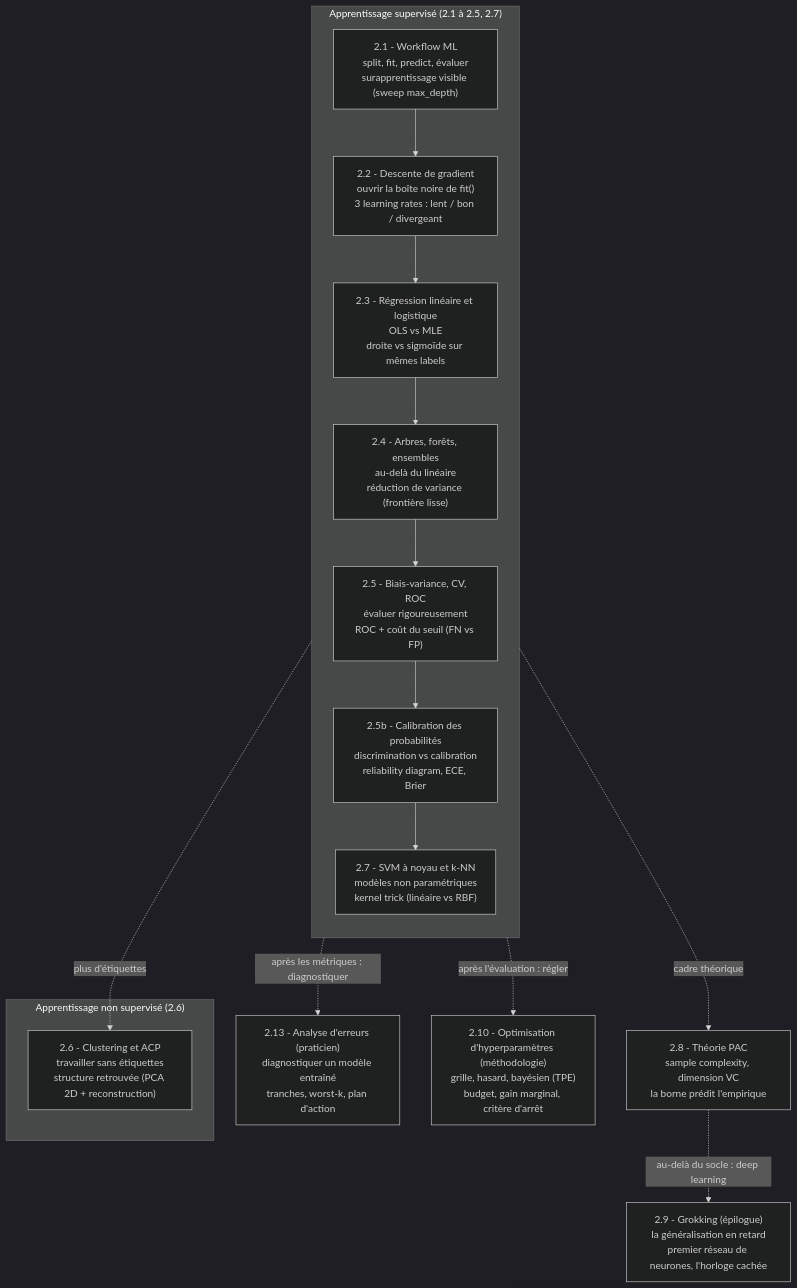
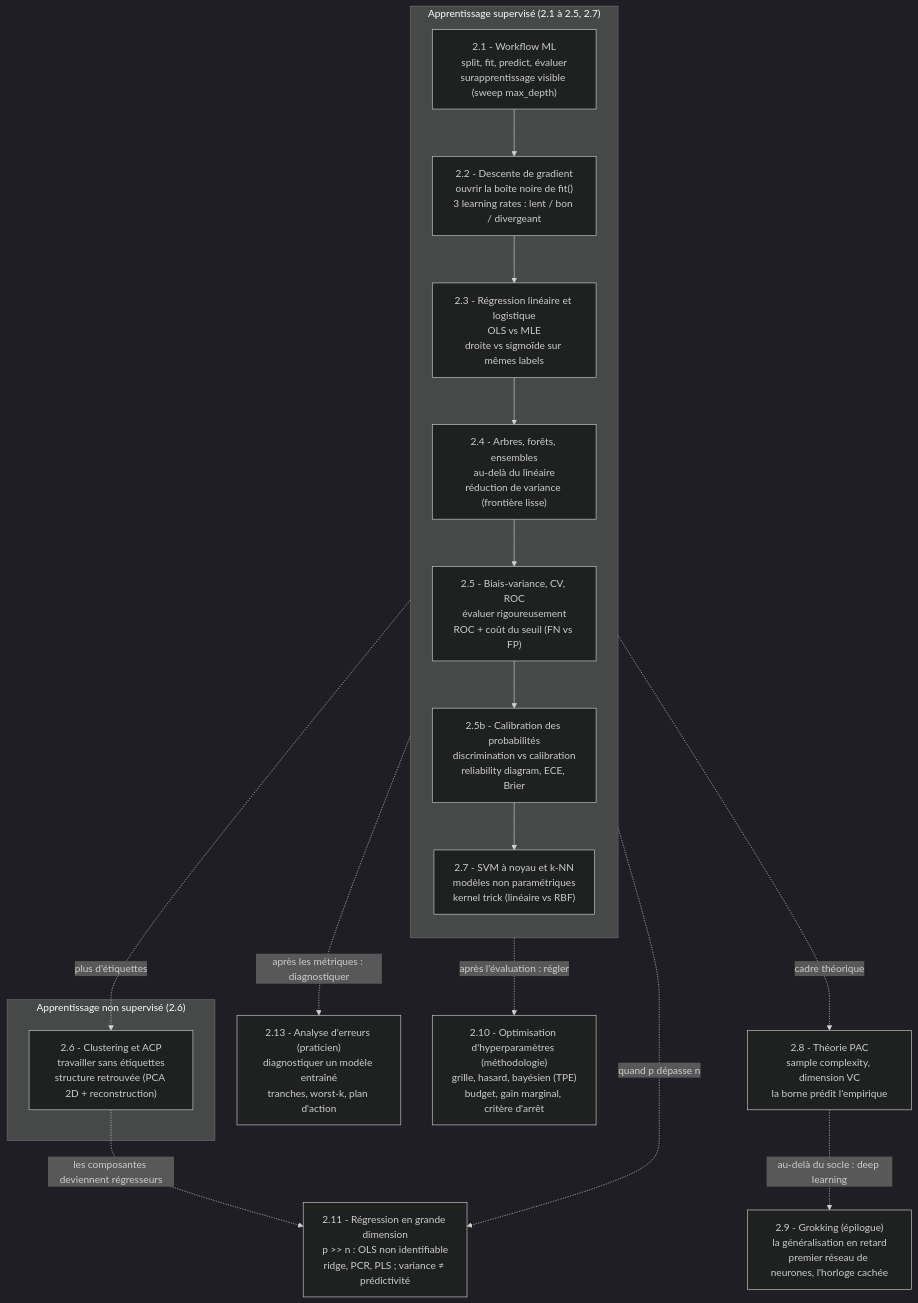
One commit to jsboige/CoursIA changed the diagram in MyIA.AI.Notebooks/ML/DataScienceWithAgents/02-ML-Cours/README.md. Above: the diagram before and after it, drawn with Mermaid (dark theme). The commit also changed other lines of this file and 3 other files, not shown here.

First line of the commit message:
feat(ml,#12960): notebook 2.11 Regression en grande dimension -- ridge/PCR/PLS quand p depasse n

````diff
--- a/MyIA.AI.Notebooks/ML/DataScienceWithAgents/02-ML-Cours/README.md
+++ b/MyIA.AI.Notebooks/ML/DataScienceWithAgents/02-ML-Cours/README.md
@@ -76,26 +79,29 @@
 ```mermaid
 flowchart TD
     subgraph SUP["Apprentissage supervisé (2.1 à 2.5, 2.7)"]
       direction TB
       A["2.1 - Workflow ML<br/>split, fit, predict, évaluer<br/>surapprentissage visible (sweep max_depth)"]
       B["2.2 - Descente de gradient<br/>ouvrir la boîte noire de fit()<br/>3 learning rates : lent / bon / divergeant"]
       C["2.3 - Régression linéaire et logistique<br/>OLS vs MLE<br/>droite vs sigmoïde sur mêmes labels"]
       D["2.4 - Arbres, forêts, ensembles<br/>au-delà du linéaire<br/>réduction de variance (frontière lisse)"]
       E["2.5 - Biais-variance, CV, ROC<br/>évaluer rigoureusement<br/>ROC + coût du seuil (FN vs FP)"]
       E2["2.5b - Calibration des probabilités<br/>discrimination vs calibration<br/>reliability diagram, ECE, Brier"]
       G["2.7 - SVM à noyau et k-NN<br/>modèles non paramétriques<br/>kernel trick (linéaire vs RBF)"]
       A --> B --> C --> D --> E --> E2 --> G
     end
     subgraph UNSUP["Apprentissage non supervisé (2.6)"]
       F["2.6 - Clustering et ACP<br/>travailler sans étiquettes<br/>structure retrouvée (PCA 2D + reconstruction)"]
     end
     H["2.8 - Théorie PAC<br/>sample complexity, dimension VC<br/>la borne prédit l'empirique"]
     I["2.9 - Grokking (épilogue)<br/>la généralisation en retard<br/>premier réseau de neurones, l'horloge cachée"]
     E -. "plus d'étiquettes" .-> F
     E -. "cadre théorique" .-> H
     H -. "au-delà du socle : deep learning" .-> I
     J["2.13 - Analyse d'erreurs (praticien)<br/>diagnostiquer un modèle entraîné<br/>tranches, worst-k, plan d'action"]
     E -. "après les métriques : diagnostiquer" .-> J
     K["2.10 - Optimisation d'hyperparamètres (méthodologie)<br/>grille, hasard, bayésien (TPE)<br/>budget, gain marginal, critère d'arrêt"]
     E -. "après l'évaluation : régler" .-> K
+    L["2.11 - Régression en grande dimension<br/>p >> n : OLS non identifiable<br/>ridge, PCR, PLS ; variance ≠ prédictivité"]
+    C -. "quand p dépasse n" .-> L
+    F -. "les composantes deviennent régresseurs" .-> L
 ```
````
